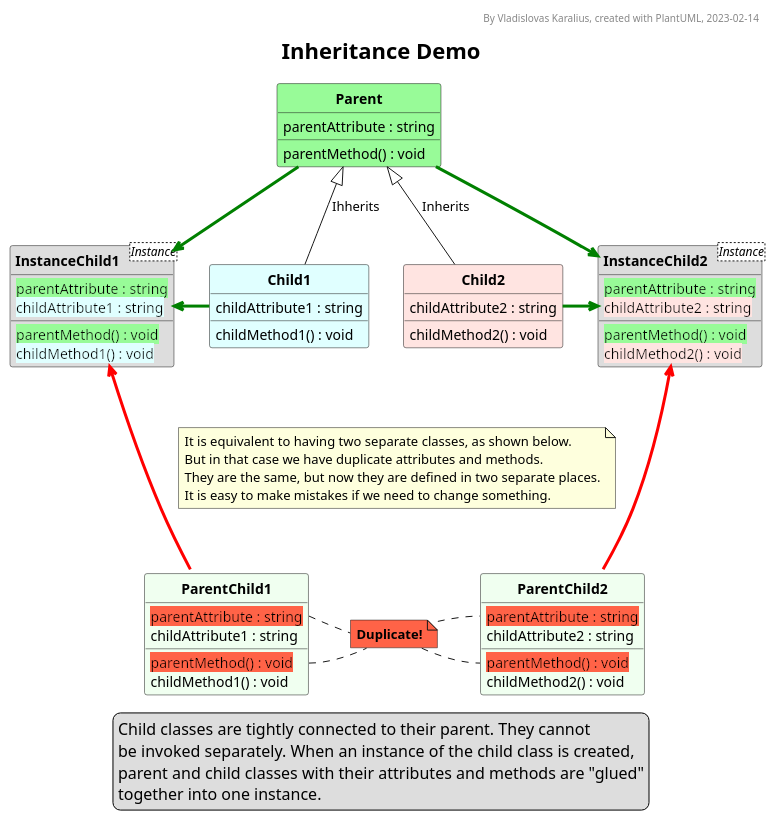
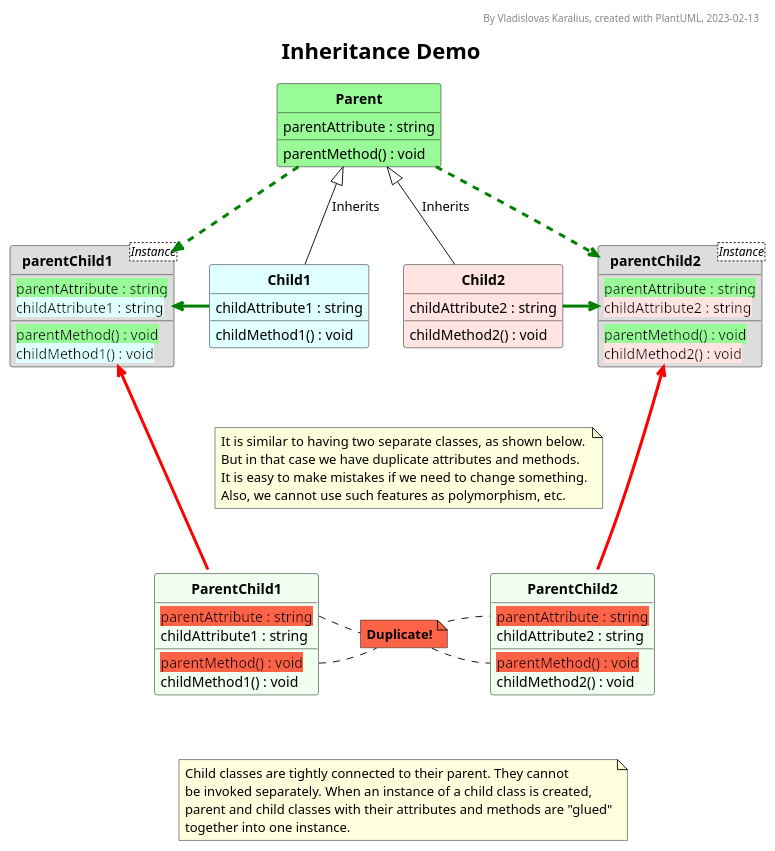
The diagram in prove/Develop04/UML_Inheritance_Demo.pu (VladKaralius/cse210-projects), drawn with PlantUML before and after one commit.

Commit message:
Cleanup and spelling fixes

```diff
--- a/prove/Develop04/UML_Inheritance_Demo.pu
+++ b/prove/Develop04/UML_Inheritance_Demo.pu
@@ -1,109 +1,110 @@
 @startuml UML_diagram
 
 '--Formatting options--
 hide empty members
 skinparam style strictuml
 
 '--Styling--
 skinparam TitleFontSize 22
-skinparam LegendFontSize 16
 
 <style>
 classDiagram {
   class {
     header {
       FontStyle bold
     }
   }
 </style>
 
 '--Header, title, caption--
-header By Vladislovas Karalius, created with PlantUML, 2023-02-14
+header By Vladislovas Karalius, created with PlantUML, 2023-02-13
 title Inheritance Demo
 
 '--Main--
 class Parent #PaleGreen {
   parentAttribute : string
   parentMethod() : void
 }
 
 class Child1 #LightCyan {
   childAttribute1 : string
   childMethod1() : void
 }
 
-Parent <|-- Child1 : Ihherits
+Parent <|-- Child1 : Inherits
 
 class Child2 #MistyRose {
   childAttribute2 : string
   childMethod2() : void
 }
 
 Parent <|-- Child2 : Inherits
 
-class InstanceChild1 <Instance> #dddddd {
+class parentChild1 <Instance> #dddddd {
   <back:PaleGreen>parentAttribute : string
   <back:LightCyan>childAttribute1 : string
   <back:PaleGreen>parentMethod() : void
   <back:LightCyan>childMethod1() : void
 }
 
-Child1 -[thickness=3,#Green]left-> InstanceChild1
-Parent -[thickness=3,#Green]-> InstanceChild1
+Child1 -[thickness=3,#Green]left-> parentChild1
+Parent .[thickness=3,#Green].> parentChild1
 
-class InstanceChild2 <Instance>#dddddd {
+class parentChild2 <Instance>#dddddd {
   <back:PaleGreen>parentAttribute : string
   <back:MistyRose>childAttribute2 : string
   <back:PaleGreen>parentMethod() : void
   <back:MistyRose>childMethod2() : void
 }
 
-Child2 -[thickness=3,#Green]right-> InstanceChild2
-Parent -[thickness=3,#Green]-> InstanceChild2
+Child2 -[thickness=3,#Green]right-> parentChild2
+Parent .[thickness=3,#Green].> parentChild2
 
 note as Note1
-It is equivalent to having two separate classes, as shown below.
+It is similar to having two separate classes, as shown below.
 But in that case we have duplicate attributes and methods.
-They are the same, but now they are defined in two separate places.
 It is easy to make mistakes if we need to change something.
+Also, we cannot use such features as polymorphism, etc.
 endnote
 
 Child1 .down[hidden]. Note1
 Child2 .down[hidden]. Note1
 Note1 .down[hidden]. ParentChild1
 Note1 .down[hidden]. ParentChild2
 
 class ParentChild1 #f0fff0 {
   <back:#Tomato>parentAttribute : string
   childAttribute1 : string
   <back:#Tomato>parentMethod() : void
   childMethod1() : void
 }
 
-ParentChild1 -[thickness=3,#red]left-> InstanceChild1
+ParentChild1 -[thickness=3,#red]left-> parentChild1
 
 class ParentChild2 #f0fff0 {
   <back:#Tomato>parentAttribute : string
   childAttribute2 : string
   <back:#Tomato>parentMethod() : void
   childMethod2() : void
 }
 
-ParentChild2 -[thickness=3,#red]left-> InstanceChild2
+ParentChild2 -[thickness=3,#red]left-> parentChild2
 
-note "<b>Duplicate!" as note2 #Tomato
+note "<b>Duplicate!" as Note2 #Tomato
 
-ParentChild1::parentAttribute .right note2
-ParentChild2::parentAttribute .left note2
-ParentChild1::parentMethod .right note2
-ParentChild2::parentMethod .left note2
+ParentChild1::parentAttribute .right Note2
+ParentChild2::parentAttribute .left Note2
+ParentChild1::parentMethod .right Note2
+ParentChild2::parentMethod .left Note2
 
-'--Description--
-legend bottom
+note as Note3
 Child classes are tightly connected to their parent. They cannot
-be invoked separately. When an instance of the child class is created,
+be invoked separately. When an instance of a child class is created,
 parent and child classes with their attributes and methods are "glued"
 together into one instance.
-endlegend
+endnote
+
+ParentChild1 .down[hidden]. Note3
+ParentChild2 .down[hidden]. Note3
 
 @enduml
```
